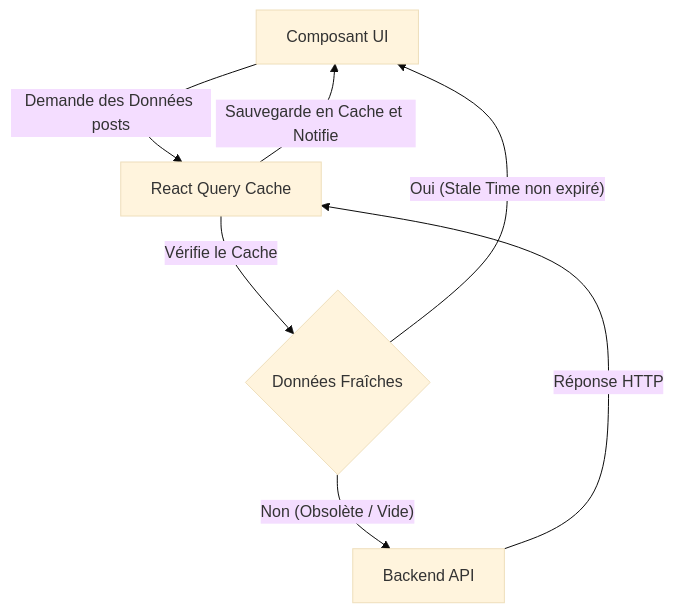
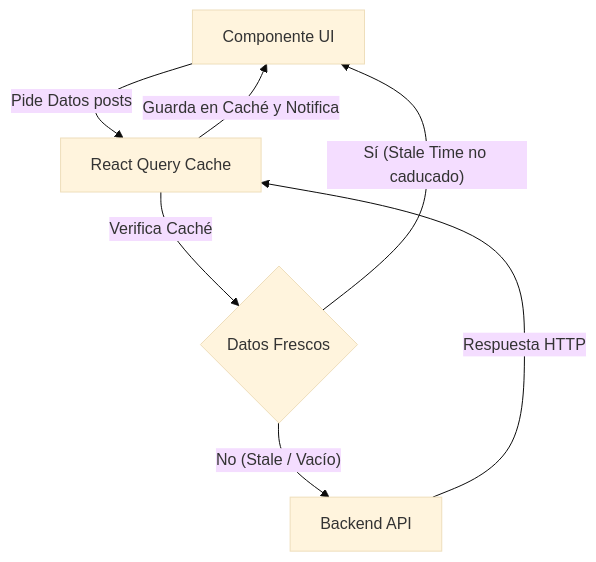
Before and after one commit to gjpierp/nmergeia: the first of 2 diagrams in public/docs/fr/ext_react_experto.md, drawn with Mermaid (base theme). The commit also changed other lines of this file and 518 other files, not shown here.

````diff
--- a/public/docs/fr/ext_react_experto.md
+++ b/public/docs/fr/ext_react_experto.md
@@ -11,11 +11,11 @@
 ```mermaid
 graph TD
-    React[Composant UI] -->|Demande des Données posts| QueryClient[React Query Cache]
-    QueryClient -->|Vérifie le Cache| CacheHit{Données Fraîches }
+    React[Componente UI] -->|Pide Datos posts| QueryClient[React Query Cache]
+    QueryClient -->|Verifica Caché| CacheHit{Datos Frescos}
     
-    CacheHit -->|"Oui (Stale Time non expiré)"| React
-    CacheHit -->|"Non (Obsolète / Vide)"| API[Backend API]
+    CacheHit -->|"Sí (Stale Time no caducado)"| React
+    CacheHit -->|"No (Stale / Vacío)"| API[Backend API]
     
-    API -->|Réponse HTTP| QueryClient
-    QueryClient -->|Sauvegarde en Cache et Notifie| React
+    API -->|Respuesta HTTP| QueryClient
+    QueryClient -->|Guarda en Caché y Notifica| React
 ```
````
